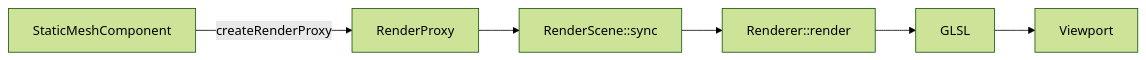
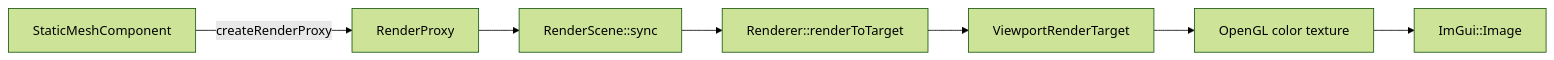
One commit to gitUserKHS/game_engine changed the diagram in docs/modules/rendering.md. Above: the diagram before and after it, drawn with Mermaid (forest theme). The commit also changed other lines of this file and 28 other files, not shown here.

````diff
--- a/docs/modules/rendering.md
+++ b/docs/modules/rendering.md
@@ -23,8 +24,9 @@
 ```mermaid
 flowchart LR
     Component["StaticMeshComponent"] -->|createRenderProxy| Proxy["RenderProxy"]
     Proxy --> Scene["RenderScene::sync"]
-    Scene --> Renderer["Renderer::render"]
-    Renderer --> Shader["GLSL"]
-    Shader --> Screen["Viewport"]
+    Scene --> Renderer["Renderer::renderToTarget"]
+    Renderer --> Target["ViewportRenderTarget"]
+    Target --> Texture["OpenGL color texture"]
+    Texture --> ImGui["ImGui::Image"]
 ```
````
